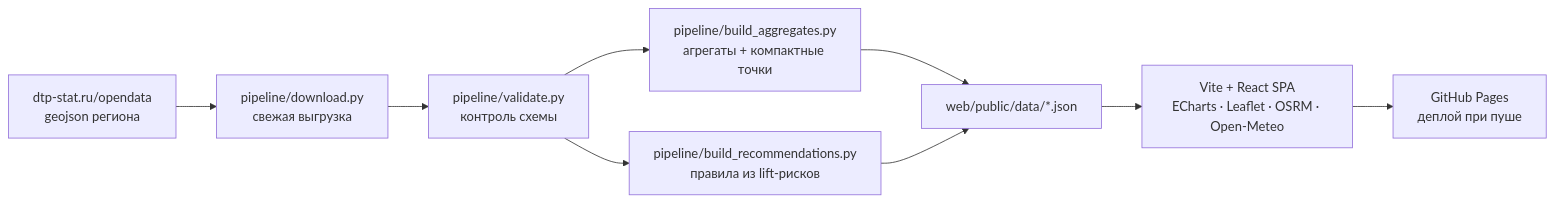
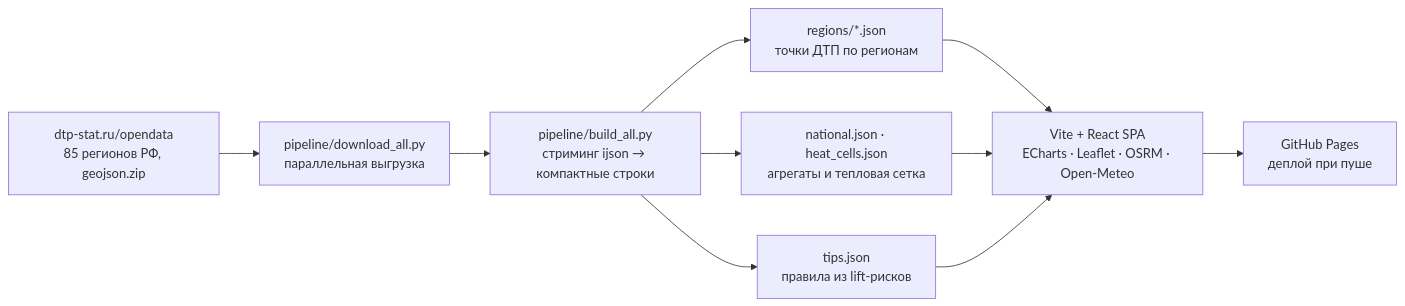
The diagram in README.md (cwjechw98-lang/dtp-analitycs), drawn with Mermaid before and after one commit. The commit also changed other lines of this file and 129 other files, not shown here.

````diff
--- a/README.md
+++ b/README.md
@@ -52,11 +60,10 @@
 ```mermaid
 flowchart LR
-    A["dtp-stat.ru/opendata<br/>geojson региона"] --> B["pipeline/download.py<br/>свежая выгрузка"]
-    B --> C["pipeline/validate.py<br/>контроль схемы"]
-    C --> D["pipeline/build_aggregates.py<br/>агрегаты + компактные точки"]
-    D --> E["web/public/data/*.json"]
-    C --> F["pipeline/build_recommendations.py<br/>правила из lift-рисков"]
-    F --> E
-    E --> G["Vite + React SPA<br/>ECharts · Leaflet · OSRM · Open-Meteo"]
+    A["dtp-stat.ru/opendata<br/>85 регионов РФ, geojson.zip"] --> B["pipeline/download_all.py<br/>параллельная выгрузка"]
+    B --> C["pipeline/build_all.py<br/>стриминг ijson → компактные строки"]
+    C --> D["regions/*.json<br/>точки ДТП по регионам"]
+    C --> E["national.json · heat_cells.json<br/>агрегаты и тепловая сетка"]
+    C --> F["tips.json<br/>правила из lift-рисков"]
+    D & E & F --> G["Vite + React SPA<br/>ECharts · Leaflet · OSRM · Open-Meteo"]
     G --> H["GitHub Pages<br/>деплой при пуше"]
 ```
````
